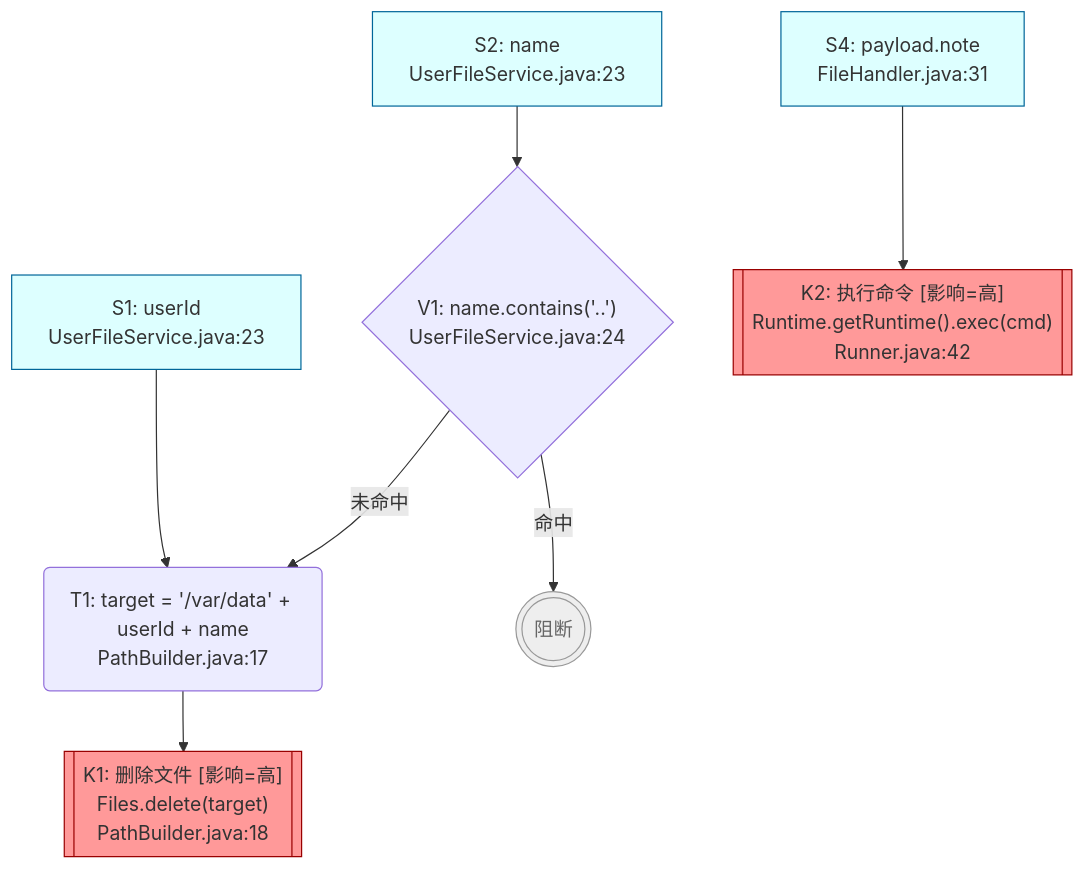
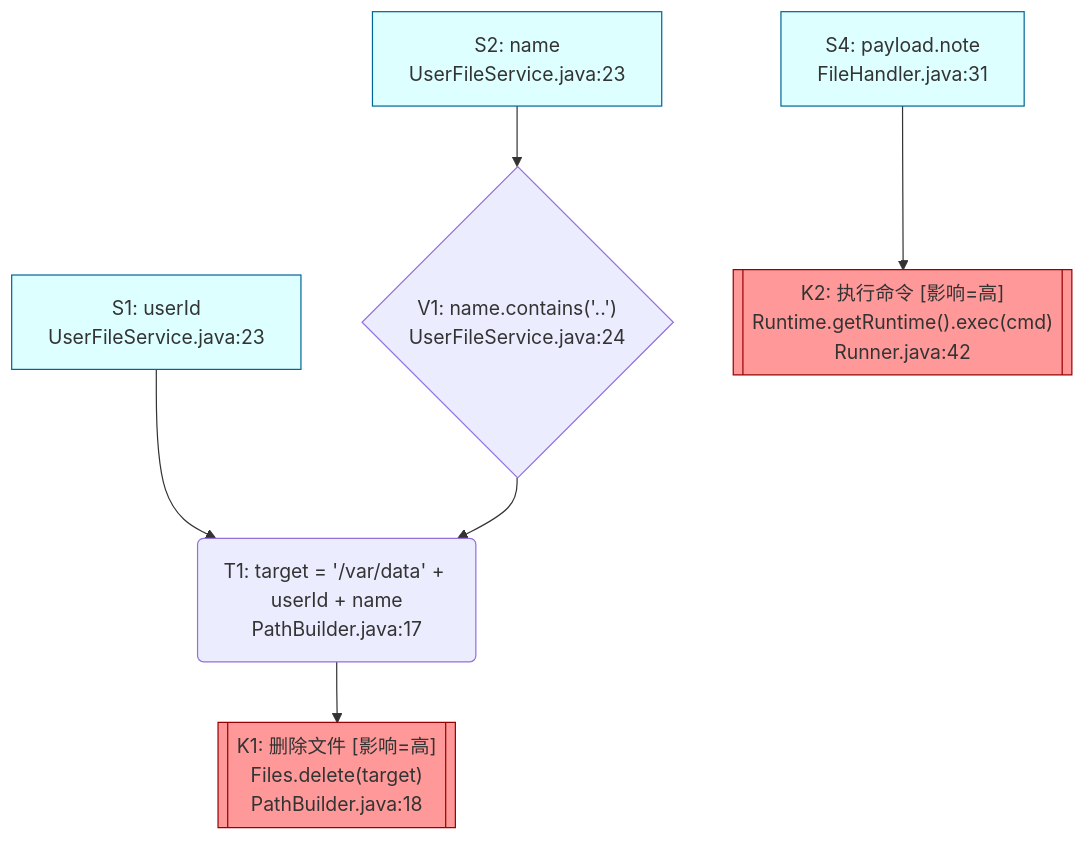
One commit to gcf0082/code-dataflow-analysis changed the diagram in SKILL.md. Above: the diagram before and after it, drawn with Mermaid. The commit also changed other lines of this file, not shown here.

Commit message:
graph.md: drop validation failure edges that exit the entry function (no Block node); only failure branches that go elsewhere are drawn

````diff
--- a/SKILL.md
+++ b/SKILL.md
@@ -238,34 +238,29 @@
 ```mermaid
 graph TD
     S1["S1: userId<br/>UserFileService.java:23"]
     S2["S2: name<br/>UserFileService.java:23"]
     S4["S4: payload.note<br/>FileHandler.java:31"]
 
     V1{"V1: name.contains('..')<br/>UserFileService.java:24"}
     T1("T1: target = '/var/data' + userId + name<br/>PathBuilder.java:17")
 
     K1[["K1: 删除文件 [影响=高]<br/>Files.delete(target)<br/>PathBuilder.java:18"]]
     K2[["K2: 执行命令 [影响=高]<br/>Runtime.getRuntime().exec(cmd)<br/>Runner.java:42"]]
 
-    Block(((阻断)))
-
     %% F1: {S1, S2} → K1
     S1 --> T1
     S2 --> V1
-    V1 -->|命中| Block
-    V1 -->|未命中| T1
+    V1 --> T1
     T1 --> K1
 
     %% F2: S4 → K2
     S4 --> K2
 
     classDef src fill:#dff,stroke:#069
     classDef high fill:#f99,stroke:#900
     classDef mid fill:#ffd,stroke:#960
     classDef low fill:#eee,stroke:#999
-    classDef block fill:#eee,stroke:#999,color:#666
 
     class S1,S2,S4 src
     class K1,K2 high
-    class Block block
 ```
````
